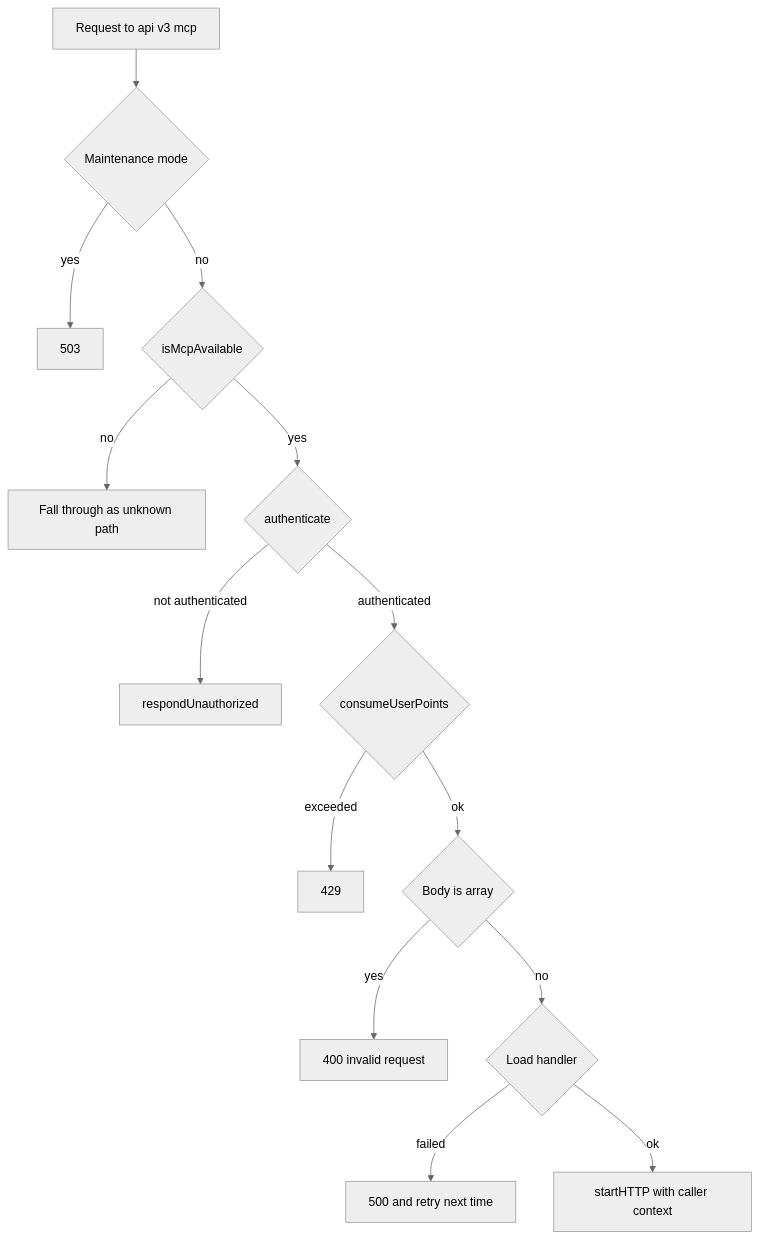
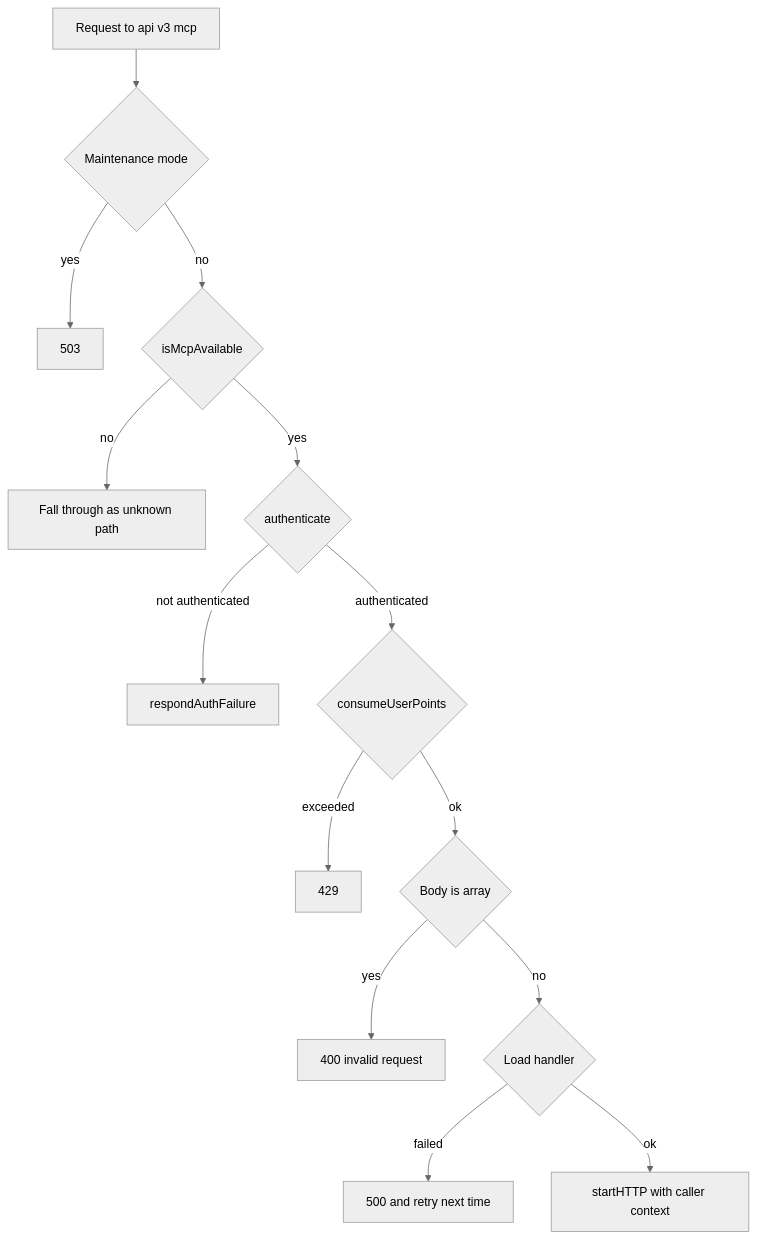
Before and after one commit to growilabs/growi: the second of 3 diagrams in .kiro/specs/remote-mcp-server-route/design.md, drawn with Mermaid (neutral theme). The commit also changed other lines of this file and 3 other files, not shown here.

````diff
--- a/.kiro/specs/remote-mcp-server-route/design.md
+++ b/.kiro/specs/remote-mcp-server-route/design.md
@@ -218,16 +218,16 @@
 ```mermaid
 flowchart TD
     Start[Request to api v3 mcp] --> Maint{Maintenance mode}
     Maint -->|yes| R503[503]
     Maint -->|no| Enabled{isMcpAvailable}
     Enabled -->|no| Fall[Fall through as unknown path]
     Enabled -->|yes| AuthQ{authenticate}
-    AuthQ -->|not authenticated| R401[respondUnauthorized]
+    AuthQ -->|not authenticated| R401[respondAuthFailure]
     AuthQ -->|authenticated| Limit{consumeUserPoints}
     Limit -->|exceeded| R429[429]
     Limit -->|ok| Batch{Body is array}
     Batch -->|yes| R400[400 invalid request]
     Batch -->|no| Load{Load handler}
     Load -->|failed| R500[500 and retry next time]
     Load -->|ok| Dispatch[startHTTP with caller context]
 ```
````
